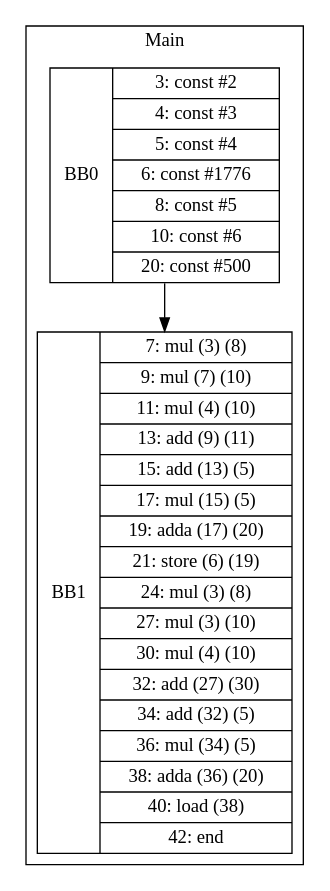
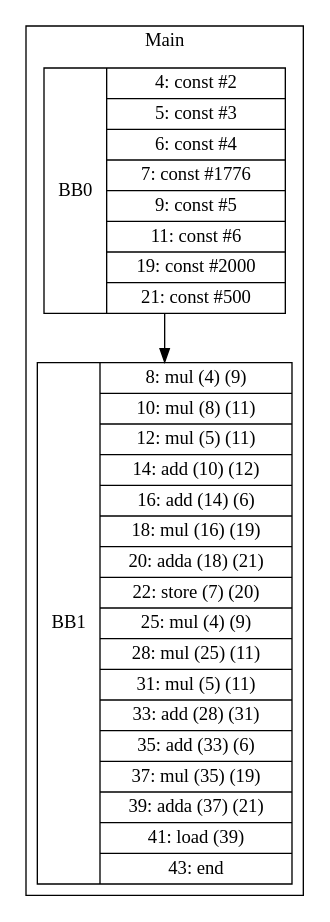
One commit to zjc664656505/UCI-CS241-Advanced-Compiler-main changed the diagram in visualization/jmcgowa/Array3_3.gv. Above: the diagram before and after it, drawn with Graphviz. The commit also changed 90 other files, not shown here.

```diff
--- a/visualization/jmcgowa/Array3_3.gv
+++ b/visualization/jmcgowa/Array3_3.gv
@@ -1,9 +1,9 @@
 digraph G {
 node [shape=record];
 subgraph cluster_main{
 label = "Main";
-BB0 [shape=record, label="<b>BB0|{3: const #2|4: const #3|5: const #4|6: const #1776|8: const #5|10: const #6|20: const #500}"];
-BB1 [shape=record, label="<b>BB1|{7: mul (3) (8)|9: mul (7) (10)|11: mul (4) (10)|13: add (9) (11)|15: add (13) (5)|17: mul (15) (5)|19: adda (17) (20)|21: store (6) (19)|24: mul (3) (8)|27: mul (3) (10)|30: mul (4) (10)|32: add (27) (30)|34: add (32) (5)|36: mul (34) (5)|38: adda (36) (20)|40: load (38)|42: end}"];
+BB0 [shape=record, label="<b>BB0|{4: const #2|5: const #3|6: const #4|7: const #1776|9: const #5|11: const #6|19: const #2000|21: const #500}"];
+BB1 [shape=record, label="<b>BB1|{8: mul (4) (9)|10: mul (8) (11)|12: mul (5) (11)|14: add (10) (12)|16: add (14) (6)|18: mul (16) (19)|20: adda (18) (21)|22: store (7) (20)|25: mul (4) (9)|28: mul (25) (11)|31: mul (5) (11)|33: add (28) (31)|35: add (33) (6)|37: mul (35) (19)|39: adda (37) (21)|41: load (39)|43: end}"];
 }
 BB0:s -> BB1:n ;
 }
```
